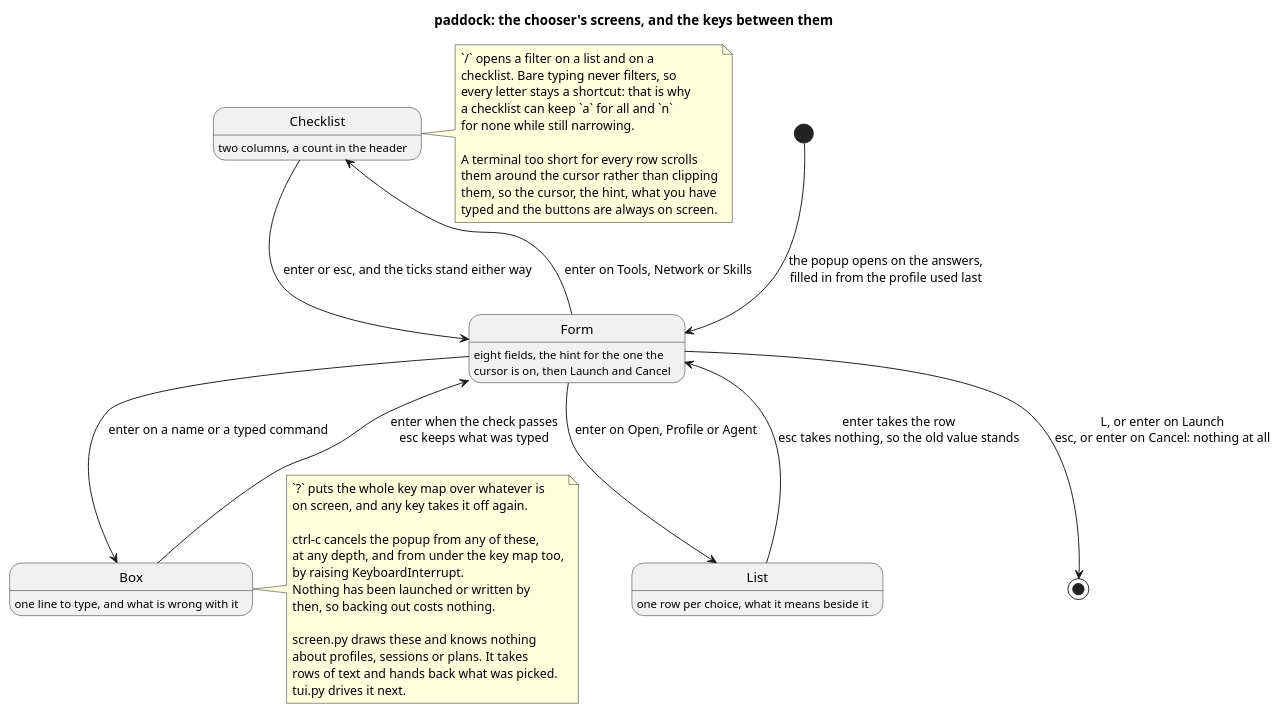
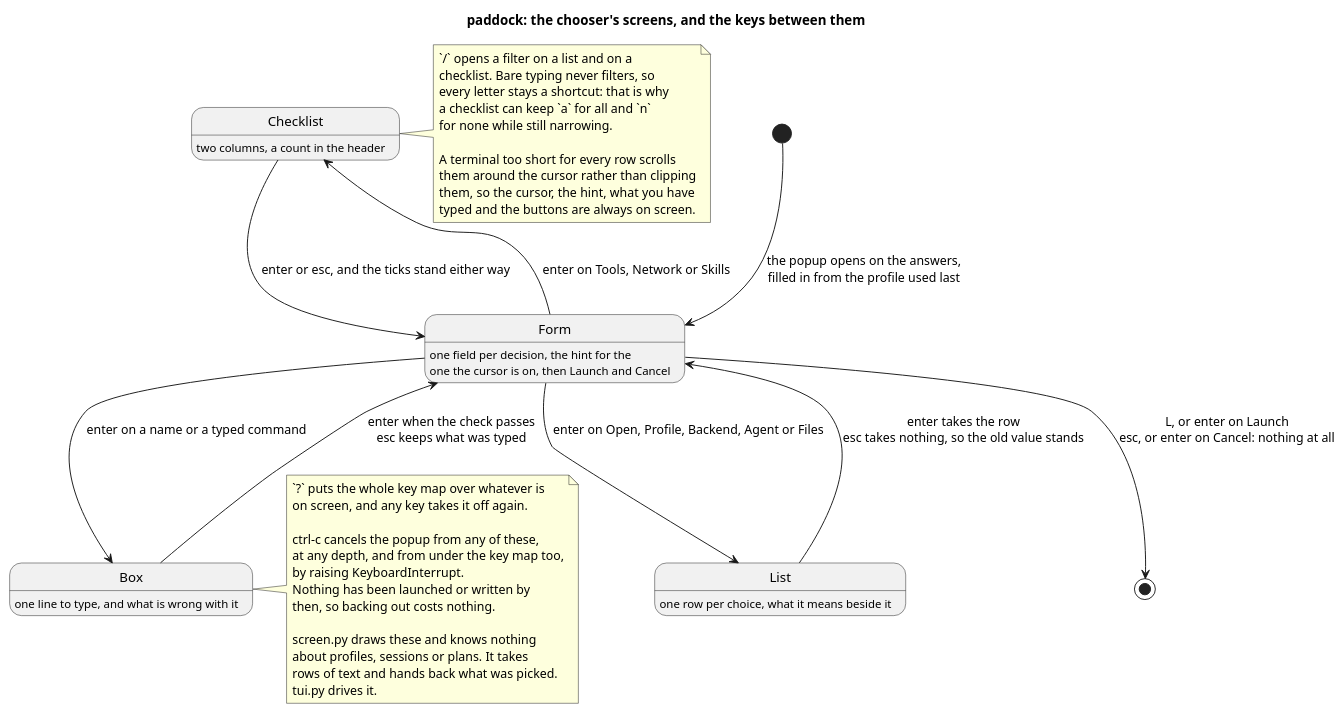
One commit to paddock-sh/paddock changed the diagram in docs/diagrams/chooser_keys.puml. Above: the diagram before and after it, drawn with PlantUML. The commit also changed 15 other files, not shown here.

```diff
--- a/docs/diagrams/chooser_keys.puml
+++ b/docs/diagrams/chooser_keys.puml
@@ -1,51 +1,51 @@
 @startuml chooser_keys
 title paddock: the chooser's screens, and the keys between them
 
 skinparam shadowing false
 hide empty description
 
 [*] --> Form : the popup opens on the answers,\nfilled in from the profile used last
 
-state Form : eight fields, the hint for the one the\ncursor is on, then Launch and Cancel
+state Form : one field per decision, the hint for the\none the cursor is on, then Launch and Cancel
 state "List" as Pick : one row per choice, what it means beside it
 state "Checklist" as Tick : two columns, a count in the header
 state "Box" as Type : one line to type, and what is wrong with it
 
-Form --> Pick : enter on Open, Profile or Agent
+Form --> Pick : enter on Open, Profile, Backend, Agent or Files
 Form --> Tick : enter on Tools, Network or Skills
 Form --> Type : enter on a name or a typed command
 Pick --> Form : enter takes the row\nesc takes nothing, so the old value stands
 Tick --> Form : enter or esc, and the ticks stand either way
 Type --> Form : enter when the check passes\nesc keeps what was typed
 Form --> [*] : L, or enter on Launch\nesc, or enter on Cancel: nothing at all
 
 note right of Tick
   `/` opens a filter on a list and on a
   checklist. Bare typing never filters, so
   every letter stays a shortcut: that is why
   a checklist can keep `a` for all and `n`
   for none while still narrowing.
 
   A terminal too short for every row scrolls
   them around the cursor rather than clipping
   them, so the cursor, the hint, what you have
   typed and the buttons are always on screen.
 end note
 
 note right of Type
   `?` puts the whole key map over whatever is
   on screen, and any key takes it off again.
 
   ctrl-c cancels the popup from any of these,
   at any depth, and from under the key map too,
   by raising KeyboardInterrupt.
   Nothing has been launched or written by
   then, so backing out costs nothing.
 
   screen.py draws these and knows nothing
   about profiles, sessions or plans. It takes
   rows of text and hands back what was picked.
-  tui.py drives it next.
+  tui.py drives it.
 end note
 
 @enduml
```
